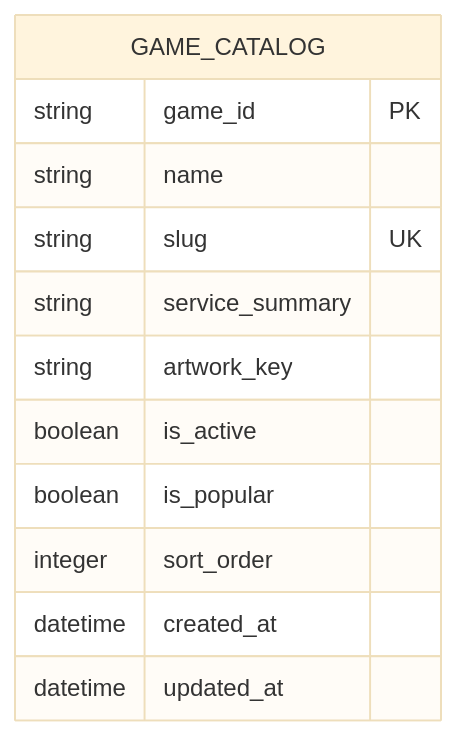
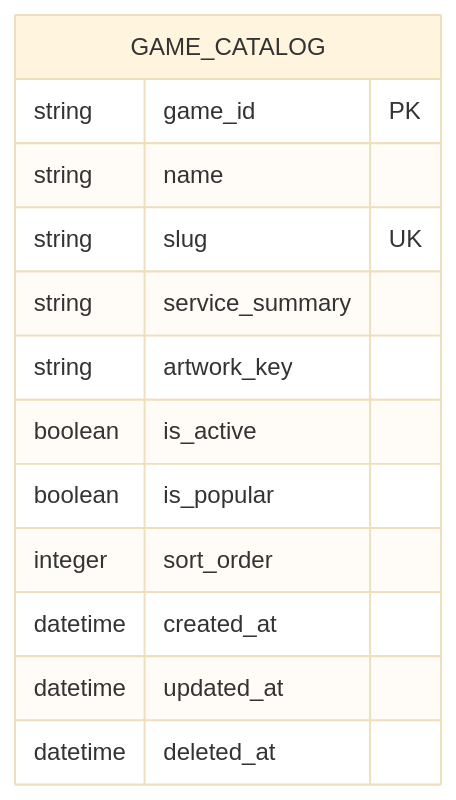
The diagram in docs/sprint_1/erd/game-catalog-erd.md (fatihmuhamadridho/game-service-platform), drawn with Mermaid (base theme) before and after one commit. The commit also changed other lines of this file and 250 other files, not shown here.

````diff
--- a/docs/sprint_1/erd/game-catalog-erd.md
+++ b/docs/sprint_1/erd/game-catalog-erd.md
@@ -9,15 +9,16 @@
 ```mermaid
 erDiagram
     GAME_CATALOG {
         string game_id PK
         string name
         string slug UK
         string service_summary
         string artwork_key
         boolean is_active
         boolean is_popular
         integer sort_order
         datetime created_at
         datetime updated_at
+        datetime deleted_at
     }
 ```
````
